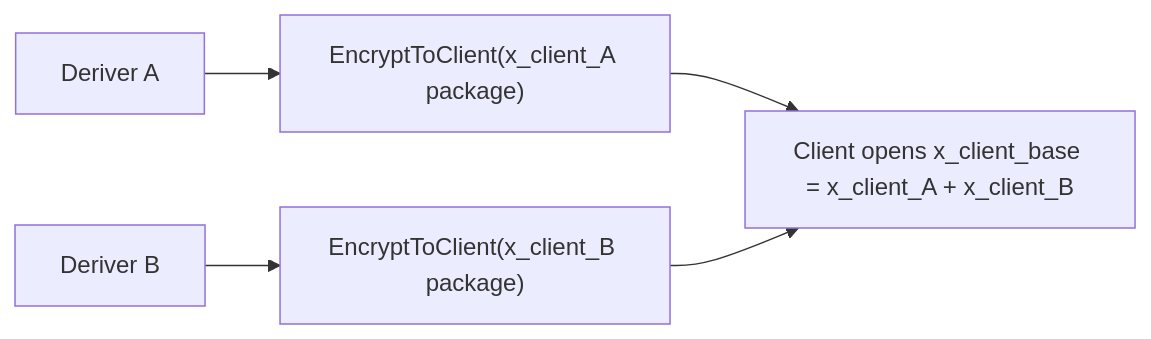
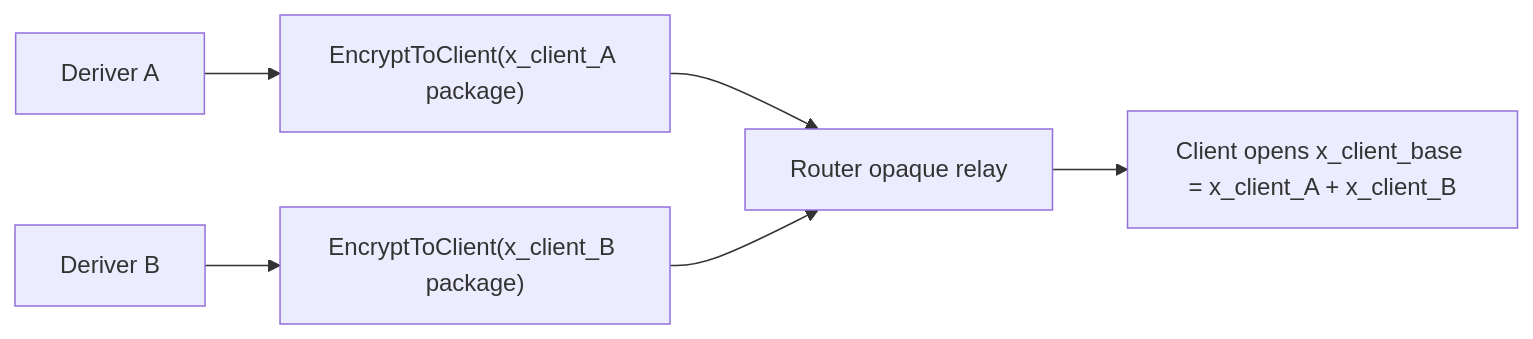
The fifth of 22 diagrams in docs/router-a-b-SPEC.md (seams-tech/seams-sdk), drawn with Mermaid before and after one commit. The commit also changed other lines of this file and 48 other files, not shown here.

````diff
--- a/docs/router-a-b-SPEC.md
+++ b/docs/router-a-b-SPEC.md
@@ -464,7 +467,8 @@
 ```mermaid
 flowchart LR
   A["Deriver A"] --> CA["EncryptToClient(x_client_A package)"]
   B["Deriver B"] --> CB["EncryptToClient(x_client_B package)"]
-  CA --> C["Client opens x_client_base = x_client_A + x_client_B"]
-  CB --> C
+  CA --> R["Router opaque relay"]
+  CB --> R
+  R --> C["Client opens x_client_base = x_client_A + x_client_B"]
 ```
````
